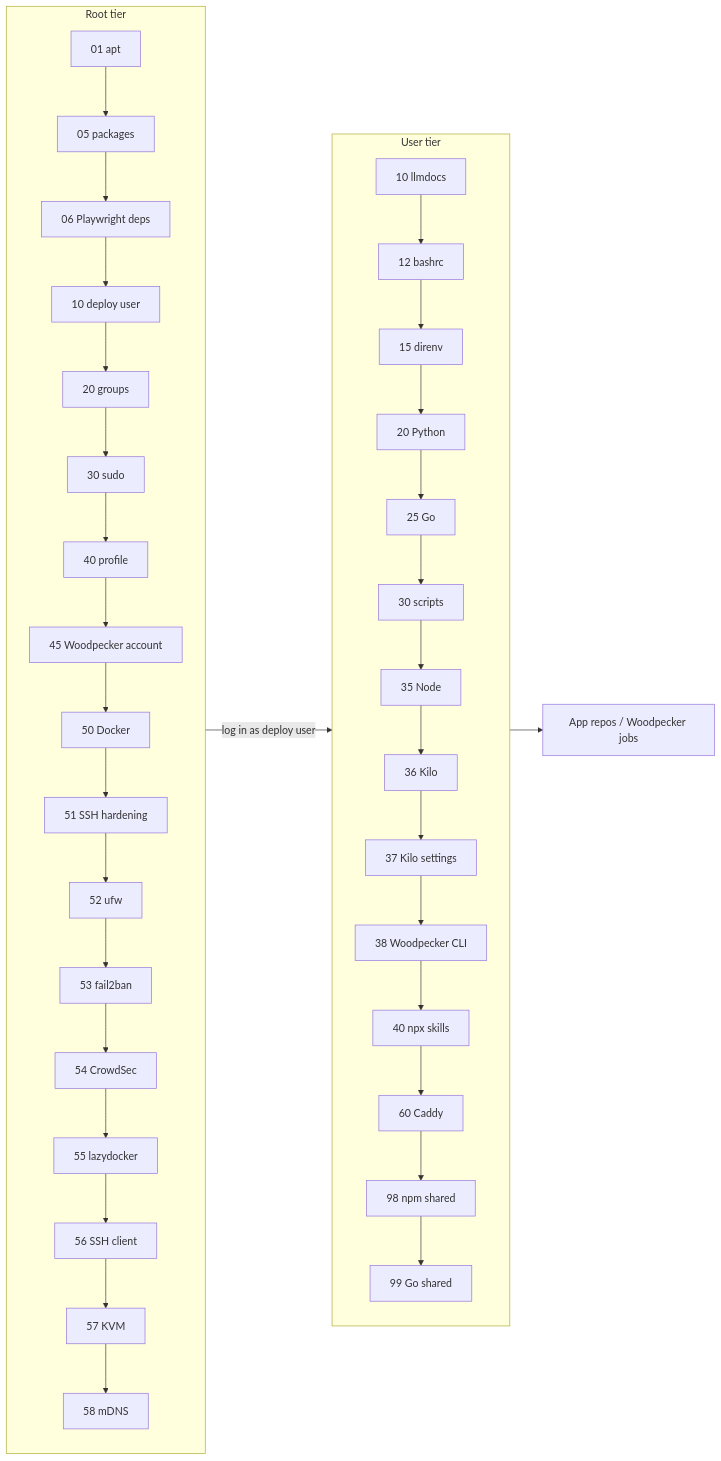
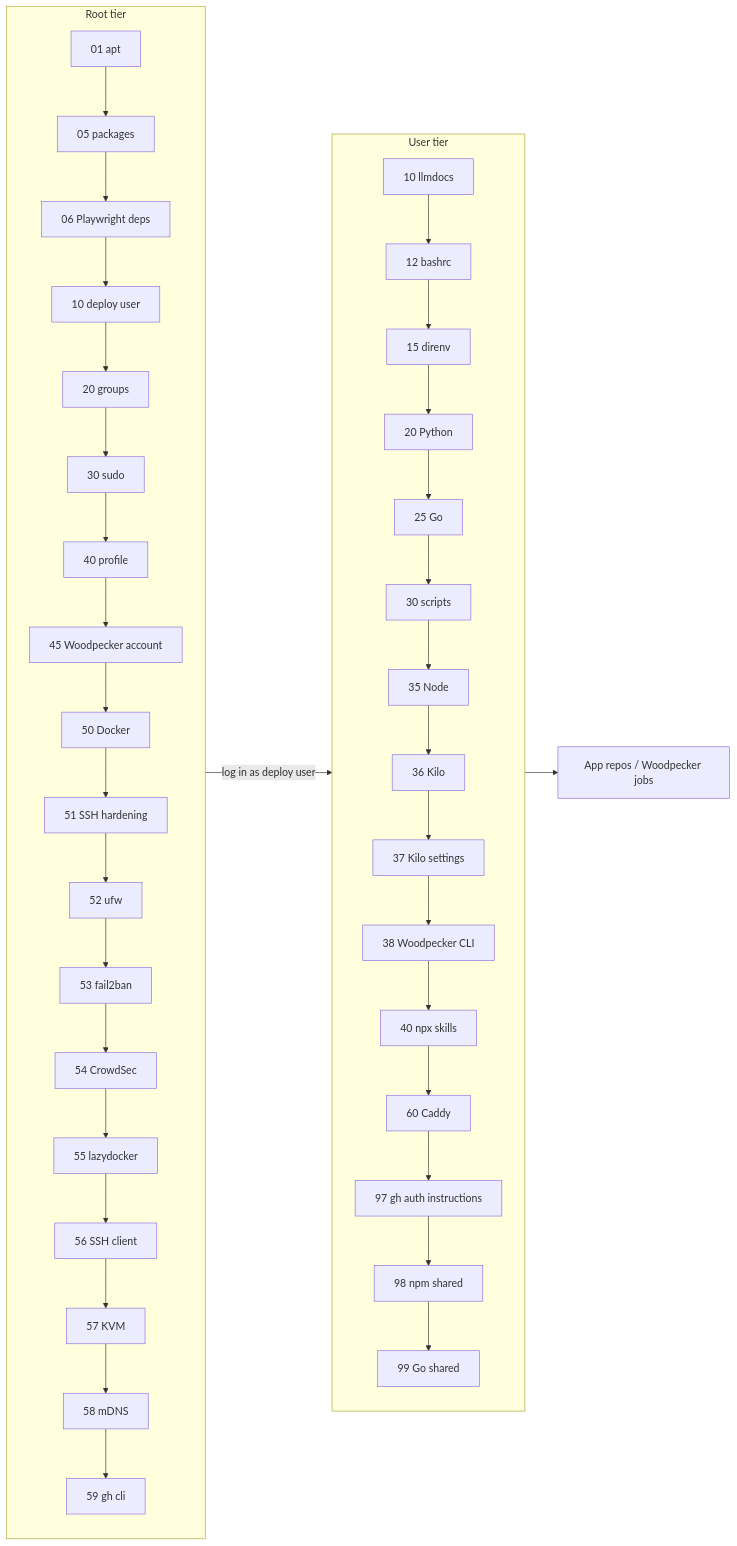
One commit to broadminde-org/bootstrap changed the second of 3 diagrams in docs/codemap.md. Above: the diagram before and after it, drawn with Mermaid. The commit also changed other lines of this file and 1 other file, not shown here.

Commit message:
docs: sync README and codemap with gh-cli and woodpecker steps

````diff
--- a/docs/codemap.md
+++ b/docs/codemap.md
@@ -47,19 +47,19 @@
 ```mermaid
 flowchart LR
     subgraph Root["Root tier"]
         R1["01 apt"] --> R2["05 packages"] --> R3["06 Playwright deps"]
         R3 --> R4["10 deploy user"] --> R5["20 groups"] --> R6["30 sudo"]
         R6 --> R7["40 profile"] --> R8["45 Woodpecker account"] --> R9["50 Docker"]
         R9 --> R10["51 SSH hardening"] --> R11["52 ufw"] --> R12["53 fail2ban"]
         R12 --> R13["54 CrowdSec"] --> R14["55 lazydocker"] --> R15["56 SSH client"]
-        R15 --> R16["57 KVM"] --> R17["58 mDNS"]
+        R15 --> R16["57 KVM"] --> R17["58 mDNS"] --> R18["59 gh cli"]
     end
     subgraph User["User tier"]
         U1["10 llmdocs"] --> U2["12 bashrc"] --> U3["15 direnv"] --> U4["20 Python"]
         U4 --> U5["25 Go"] --> U6["30 scripts"] --> U7["35 Node"] --> U8["36 Kilo"]
         U8 --> U9["37 Kilo settings"] --> U10["38 Woodpecker CLI"] --> U11["40 npx skills"]
-        U11 --> U12["60 Caddy"] --> U13["98 npm shared"] --> U14["99 Go shared"]
+        U11 --> U12["60 Caddy"] --> U13["97 gh auth instructions"] --> U14["98 npm shared"] --> U15["99 Go shared"]
     end
     Root -->|"log in as deploy user"| User
     User --> Apps["App repos / Woodpecker jobs"]
 ```
````
